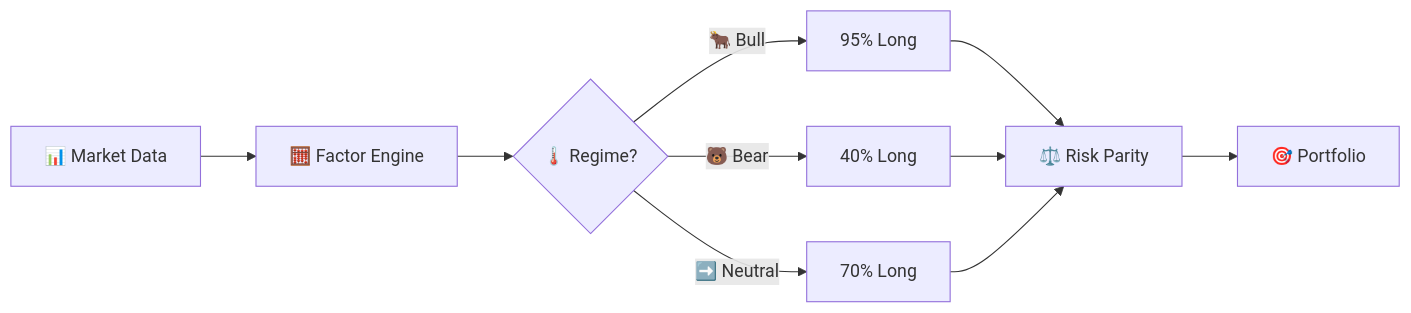
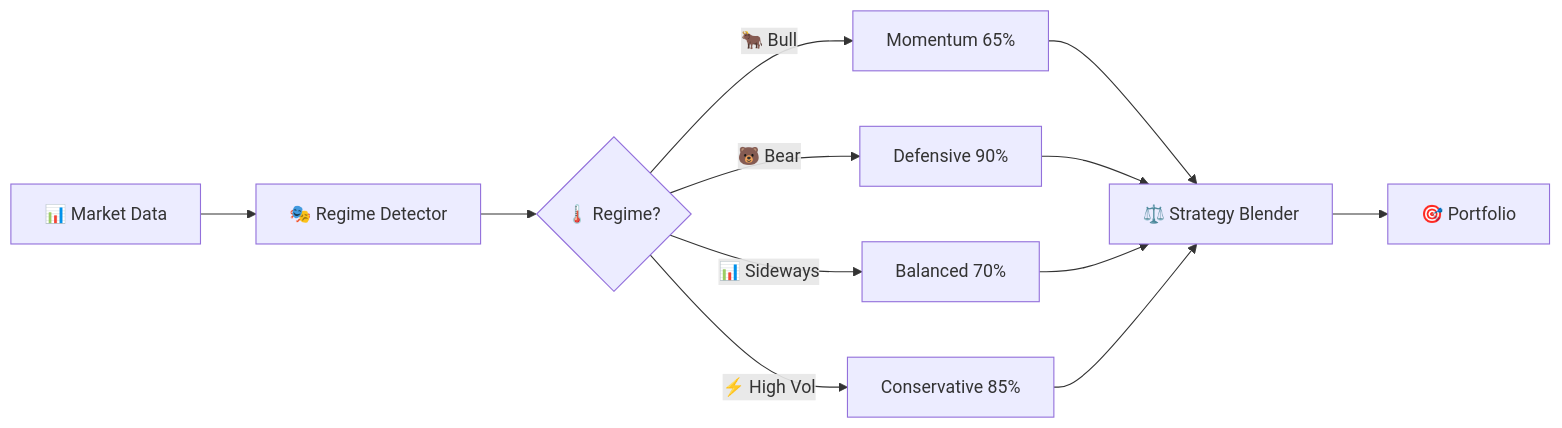
One commit to blackms/FinRL-Adaptive changed the first of 7 diagrams in README.md. Above: the diagram before and after it, drawn with Mermaid. The commit also changed other lines of this file and 13 other files, not shown here.

First line of the commit message:
feat: Add regime-aware strategy blending system

````diff
--- a/README.md
+++ b/README.md
@@ -122,10 +156,11 @@
 ```mermaid
 flowchart LR
-    A[📊 Market Data] --> B[🧮 Factor Engine]
+    A[📊 Market Data] --> B[🎭 Regime Detector]
     B --> C{🌡️ Regime?}
-    C -->|🐂 Bull| D[95% Long]
-    C -->|🐻 Bear| E[40% Long]
-    C -->|➡️ Neutral| F[70% Long]
-    D & E & F --> G[⚖️ Risk Parity]
-    G --> H[🎯 Portfolio]
+    C -->|🐂 Bull| D[Momentum 65%]
+    C -->|🐻 Bear| E[Defensive 90%]
+    C -->|📊 Sideways| F[Balanced 70%]
+    C -->|⚡ High Vol| G[Conservative 85%]
+    D & E & F & G --> H[⚖️ Strategy Blender]
+    H --> I[🎯 Portfolio]
 ```
````
